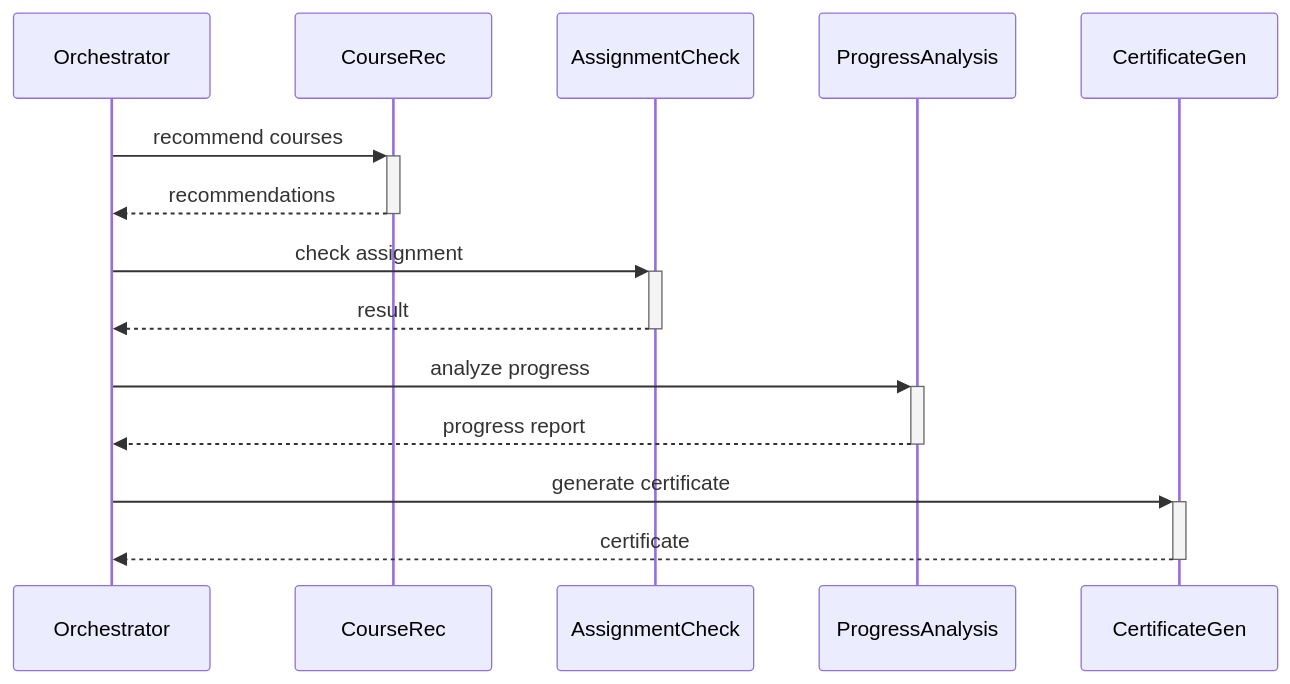
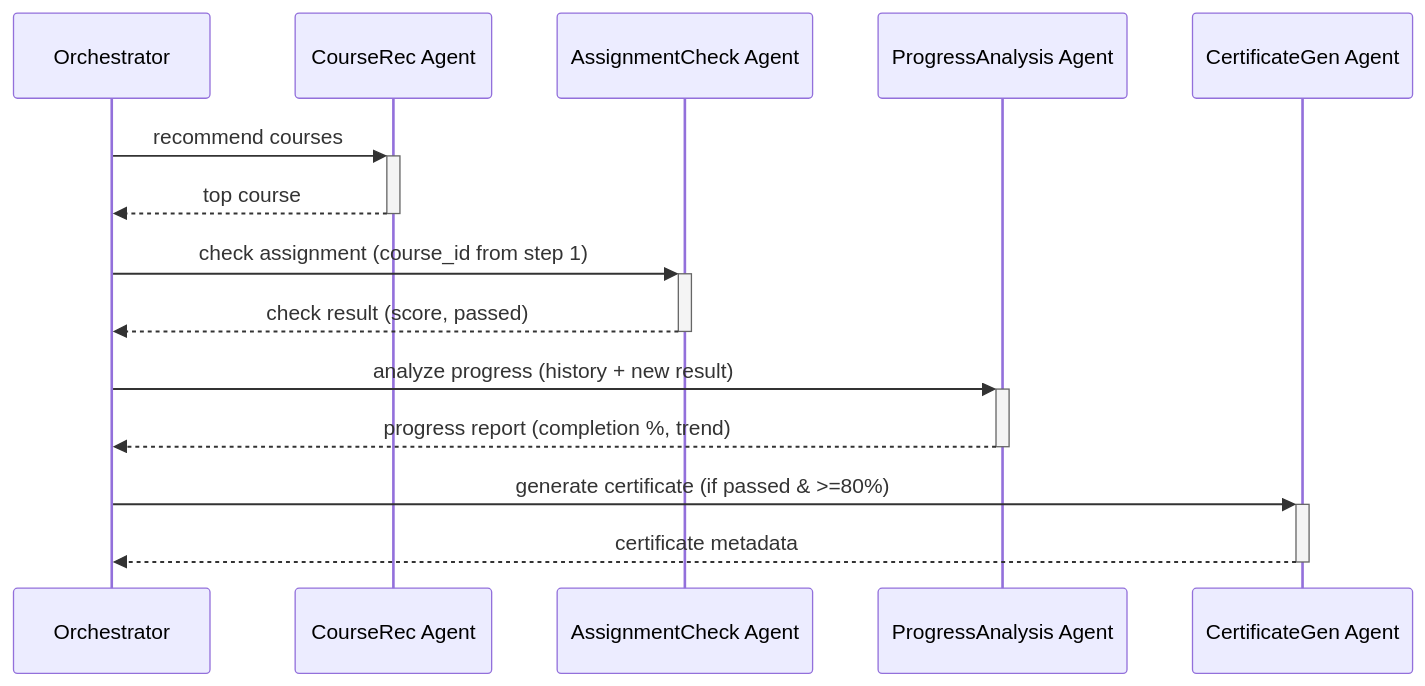
The diagram in README.md (Skinixxx/Laba-13), drawn with Mermaid before and after one commit. The commit also changed other lines of this file and 3 other files, not shown here.

````diff
--- a/README.md
+++ b/README.md
@@ -303,11 +309,17 @@
 ```mermaid
 sequenceDiagram
-    Orchestrator->>+CourseRec: recommend courses
-    CourseRec-->>-Orchestrator: recommendations
-    Orchestrator->>+AssignmentCheck: check assignment
-    AssignmentCheck-->>-Orchestrator: result
-    Orchestrator->>+ProgressAnalysis: analyze progress
-    ProgressAnalysis-->>-Orchestrator: progress report
-    Orchestrator->>+CertificateGen: generate certificate
-    CertificateGen-->>-Orchestrator: certificate
+    participant O as Orchestrator
+    participant CR as CourseRec Agent
+    participant AC as AssignmentCheck Agent
+    participant PA as ProgressAnalysis Agent
+    participant CG as CertificateGen Agent
+
+    O->>+CR: recommend courses
+    CR-->>-O: top course
+    O->>+AC: check assignment (course_id from step 1)
+    AC-->>-O: check result (score, passed)
+    O->>+PA: analyze progress (history + new result)
+    PA-->>-O: progress report (completion %, trend)
+    O->>+CG: generate certificate (if passed & >=80%)
+    CG-->>-O: certificate metadata
 ```
````
